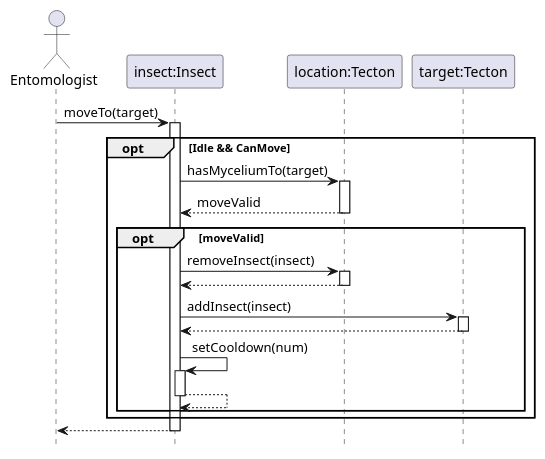
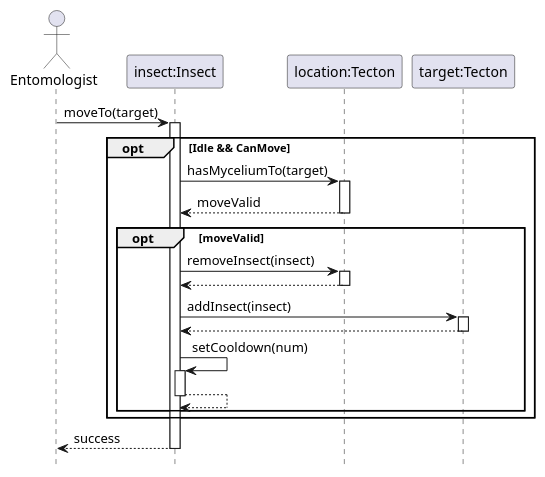
The diagram in SeqAndClassDiagrams/Insect/move.puml (ZD4ve/projlab-error521), drawn with PlantUML before and after one commit. The commit also changed 18 other files, not shown here.

Commit message:
Fentről érkező áldás diagramba foglalása (emellett: konstruktorok konzisztenciájának növelése. felhasználó által hívott fügvények visszatérnek a sikerességükről)

```diff
--- a/SeqAndClassDiagrams/Insect/move.puml
+++ b/SeqAndClassDiagrams/Insect/move.puml
@@ -1,37 +1,37 @@
 @startuml Insect/move
 hide footbox
 
 actor Entomologist
 participant "insect:Insect" as insect
 participant "location:Tecton" as location
 participant "target:Tecton" as target
 
 Entomologist -> insect : moveTo(target)
 activate insect
 
 opt Idle && CanMove
 
     insect -> location : hasMyceliumTo(target)
     activate location
 
     return moveValid
 
     opt moveValid
 
         insect -> location : removeInsect(insect)
         activate location
         return
         
         insect -> target : addInsect(insect)
         activate target
         return
 
         insect -> insect : setCooldown(num)
         activate insect
         return
     end
 end
 
-return
+return success
 
 @enduml
```
